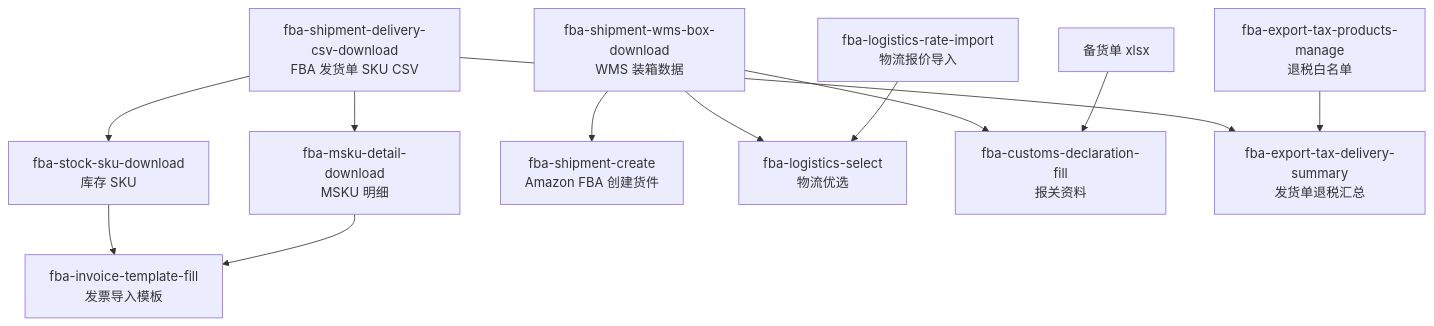
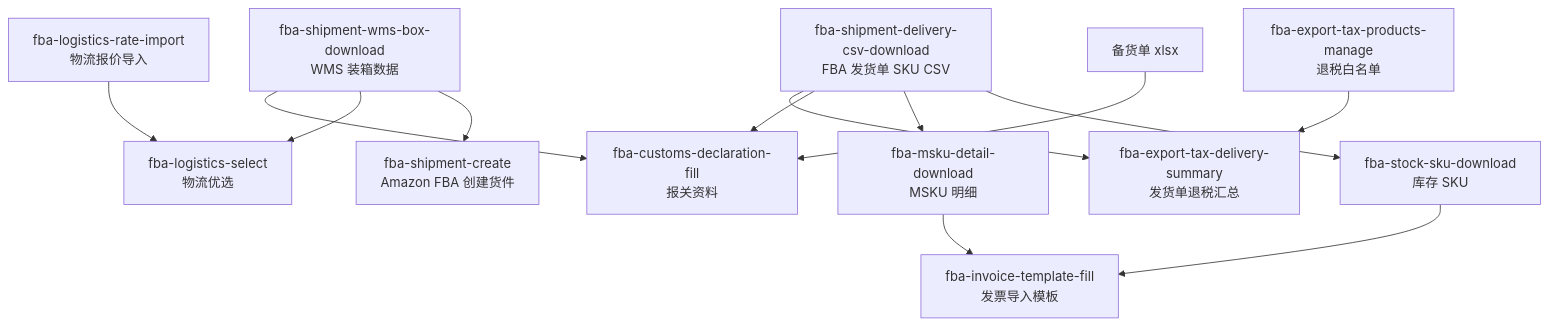
One commit to LXE123/LXE_AGENT changed the diagram in skills/fba-workflow-map/SKILL.md. Above: the diagram before and after it, drawn with Mermaid. The commit also changed other lines of this file and 2 other files, not shown here.

First line of the commit message:
docs(fba): document customs actual quantity contract

````diff
--- a/skills/fba-workflow-map/SKILL.md
+++ b/skills/fba-workflow-map/SKILL.md
@@ -23,16 +23,17 @@
 ```mermaid
 flowchart TD
   A["fba-shipment-delivery-csv-download<br/>FBA 发货单 SKU CSV"] --> B["fba-stock-sku-download<br/>库存 SKU"]
   A --> C["fba-msku-detail-download<br/>MSKU 明细"]
   B --> D["fba-invoice-template-fill<br/>发票导入模板"]
   C --> D
 
   E["fba-shipment-wms-box-download<br/>WMS 装箱数据"] --> F["fba-shipment-create<br/>Amazon FBA 创建货件"]
   E --> G["fba-logistics-select<br/>物流优选"]
+  A --> H["fba-customs-declaration-fill<br/>报关资料"]
   E --> H["fba-customs-declaration-fill<br/>报关资料"]
   L["备货单 xlsx"] --> H
 
   A --> I["fba-export-tax-delivery-summary<br/>发货单退税汇总"]
   J["fba-export-tax-products-manage<br/>退税白名单"] --> I
   K["fba-logistics-rate-import<br/>物流报价导入"] --> G
 ```
````
